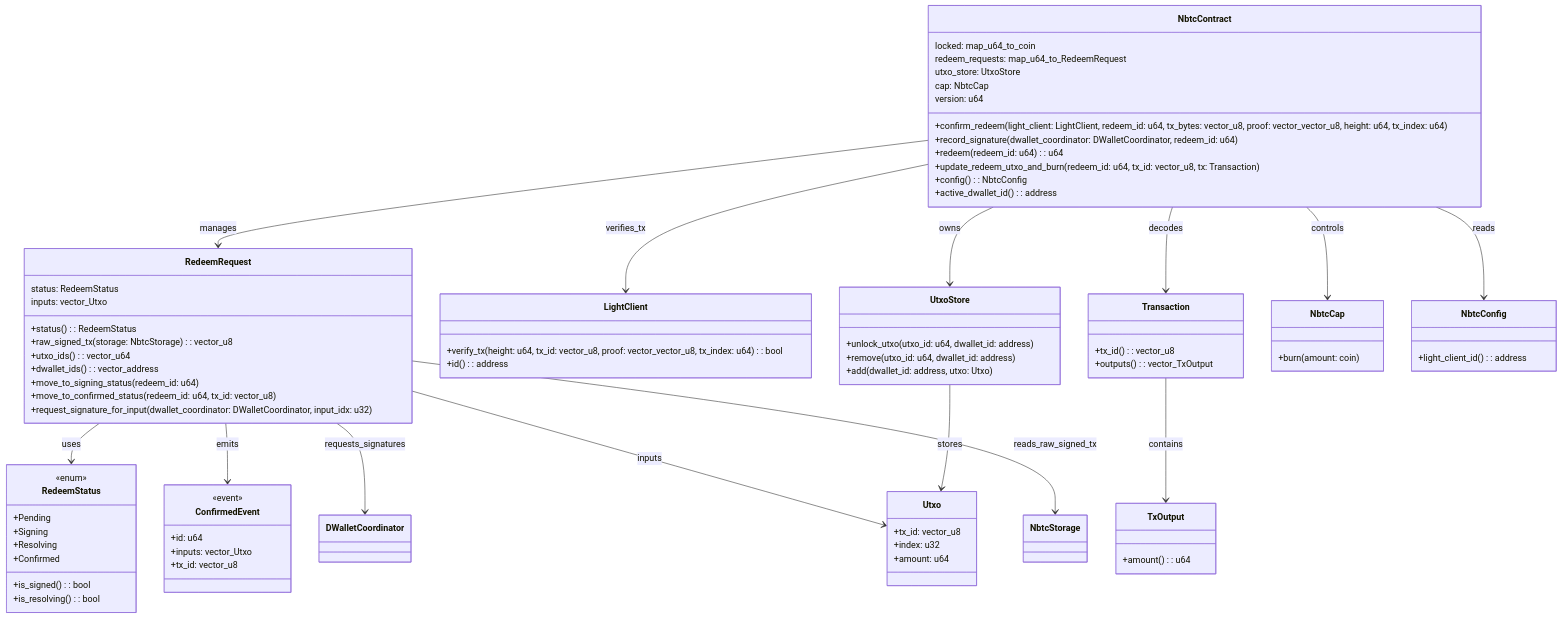
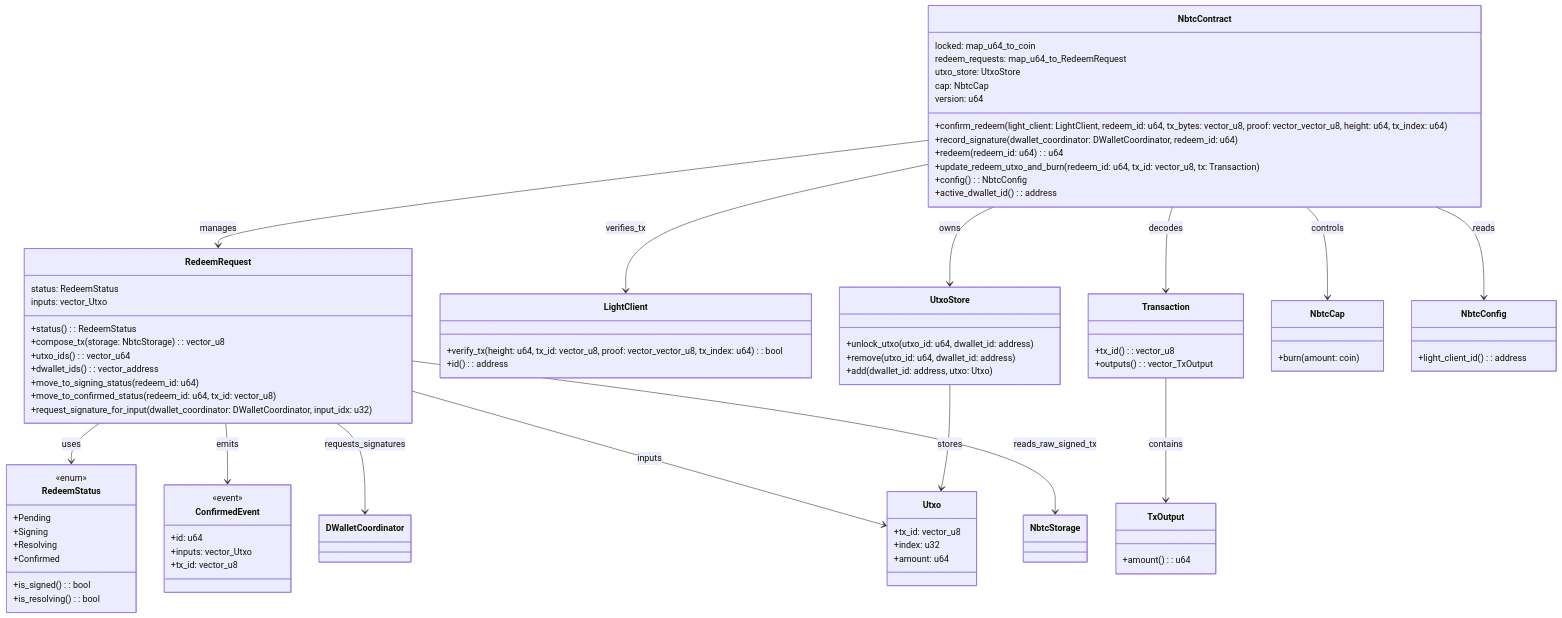
Before and after one commit to gonative-cc/sui-native: the diagram in nBTC/README.md, drawn with Mermaid. The commit also changed 3 other files, not shown here.

```diff
--- a/nBTC/README.md
+++ b/nBTC/README.md
@@ -59,7 +59,7 @@
         status: RedeemStatus
         inputs: vector_Utxo
         +status(): RedeemStatus
-        +raw_signed_tx(storage: NbtcStorage): vector_u8
+        +compose_tx(storage: NbtcStorage): vector_u8
         +utxo_ids(): vector_u64
         +dwallet_ids(): vector_address
         +move_to_signing_status(redeem_id: u64)
```
